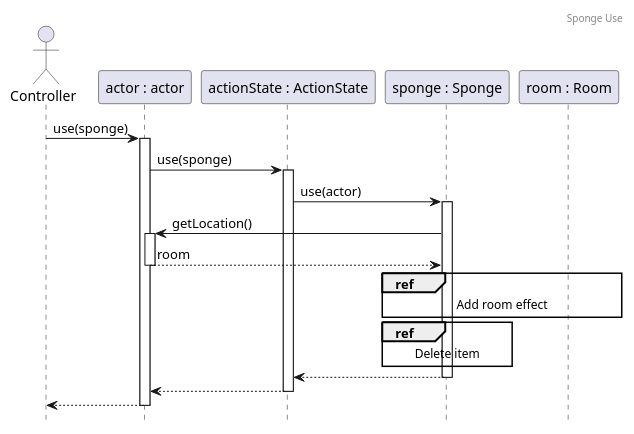
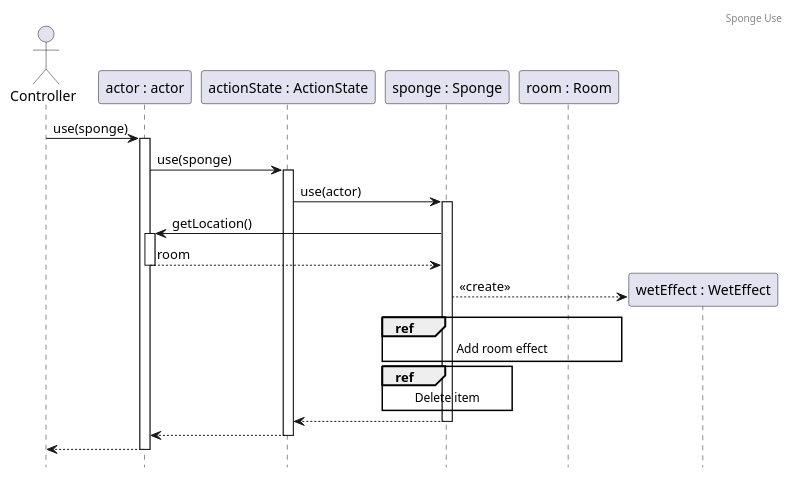
The diagram in docs/sequence/items/SpongeUse.puml (Kristof-me/Logarlec), drawn with PlantUML before and after one commit. The commit also changed 8 other files, not shown here.

Commit message:
Checked Sequence 13-24

```diff
--- a/docs/sequence/items/SpongeUse.puml
+++ b/docs/sequence/items/SpongeUse.puml
@@ -1,25 +1,27 @@
 @startuml SpongeUse
 header Sponge Use
 
 actor controller as "Controller"
 participant actor as "actor : actor"
 participant state as "actionState : ActionState"
 participant sponge as "sponge : Sponge"
 participant room as "room : Room"
 controller -> actor++: use(sponge)
 
 actor -> state++: use(sponge)
 state -> sponge++: use(actor)
 
 sponge -> actor++: getLocation()
 return room
 
+create wetEffect as "wetEffect : WetEffect"
+sponge --> wetEffect : <<create>>
 ref over sponge, room : Add room effect
 ref over sponge : Delete item
 
 return
 return
 return
 
 hide footbox
 @enduml
```
